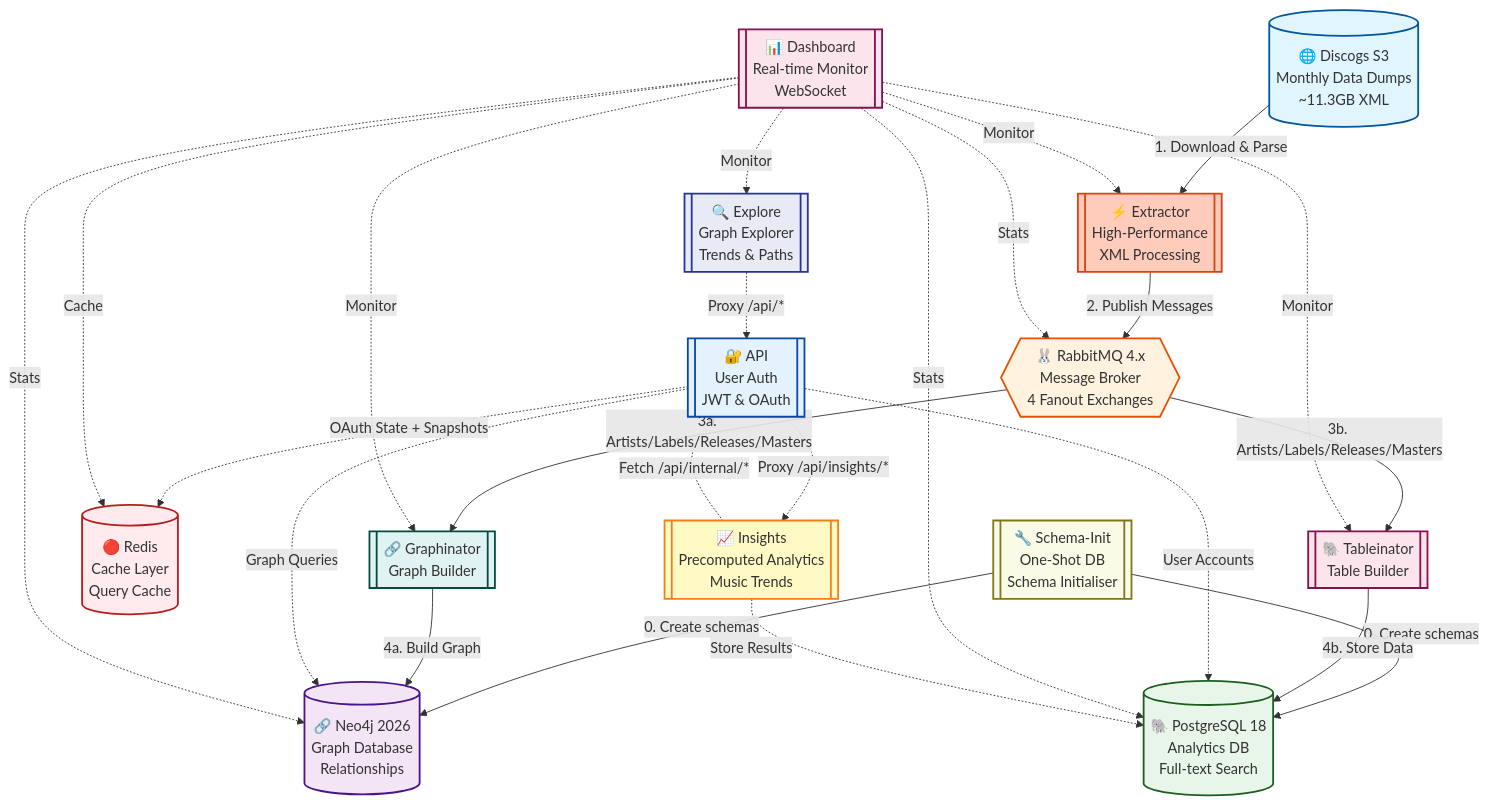
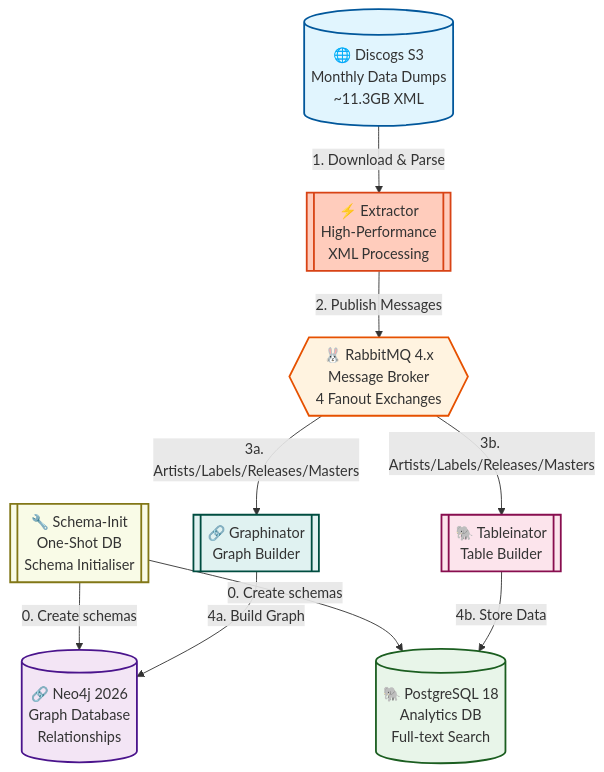
Before and after one commit to groovemap-music/deployment: the first of 4 diagrams in docs/architecture.md, drawn with Mermaid. The commit also changed other lines of this file, not shown here.

Commit message:
docs: split monolithic architecture diagram into focused diagrams (#194)
Simplify the README diagram to a high-level overview with subgraphs,
and break the detailed architecture into three focused diagrams in
docs/architecture.md: data pipeline, service communication, and
dashboard monitoring.

````diff
--- a/docs/architecture.md
+++ b/docs/architecture.md
@@ -41,58 +45,29 @@
 ```mermaid
 graph TD
     S3[("🌐 Discogs S3<br/>Monthly Data Dumps<br/>~11.3GB XML")]
+    SCHEMA[["🔧 Schema-Init<br/>One-Shot DB<br/>Schema Initialiser"]]
     EXT[["⚡ Extractor<br/>High-Performance<br/>XML Processing"]]
-    SCHEMA[["🔧 Schema-Init<br/>One-Shot DB<br/>Schema Initialiser"]]
     RMQ{{"🐰 RabbitMQ 4.x<br/>Message Broker<br/>4 Fanout Exchanges"}}
     NEO4J[("🔗 Neo4j 2026<br/>Graph Database<br/>Relationships")]
     PG[("🐘 PostgreSQL 18<br/>Analytics DB<br/>Full-text Search")]
-    REDIS[("🔴 Redis<br/>Cache Layer<br/>Query Cache")]
     GRAPH[["🔗 Graphinator<br/>Graph Builder"]]
     TABLE[["🐘 Tableinator<br/>Table Builder"]]
-    DASH[["📊 Dashboard<br/>Real-time Monitor<br/>WebSocket"]]
-    EXPLORE[["🔍 Explore<br/>Graph Explorer<br/>Trends & Paths"]]
-    API[["🔐 API<br/>User Auth<br/>JWT & OAuth"]]
-    INSIGHTS[["📈 Insights<br/>Precomputed Analytics<br/>Music Trends"]]
 
     SCHEMA -->|0. Create schemas| NEO4J
     SCHEMA -->|0. Create schemas| PG
     S3 -->|1. Download & Parse| EXT
     EXT -->|2. Publish Messages| RMQ
     RMQ -->|3a. Artists/Labels/Releases/Masters| GRAPH
     RMQ -->|3b. Artists/Labels/Releases/Masters| TABLE
     GRAPH -->|4a. Build Graph| NEO4J
     TABLE -->|4b. Store Data| PG
 
-    EXPLORE -.->|Proxy /api/*| API
-
-    API -.->|User Accounts| PG
-    API -.->|Graph Queries| NEO4J
-    API -.->|OAuth State + Snapshots| REDIS
-
-    DASH -.->|Monitor| EXT
-    DASH -.->|Monitor| GRAPH
-    DASH -.->|Monitor| TABLE
-    DASH -.->|Monitor| EXPLORE
-    DASH -.->|Cache| REDIS
-    DASH -.->|Stats| RMQ
-    DASH -.->|Stats| NEO4J
-    DASH -.->|Stats| PG
-
-    API -.->|Proxy /api/insights/*| INSIGHTS
-    INSIGHTS -.->|Fetch /api/internal/*| API
-    INSIGHTS -.->|Store Results| PG
-
     style S3 fill:#e1f5fe,stroke:#01579b,stroke-width:2px
+    style SCHEMA fill:#f9fbe7,stroke:#827717,stroke-width:2px
     style EXT fill:#ffccbc,stroke:#d84315,stroke-width:2px
-    style SCHEMA fill:#f9fbe7,stroke:#827717,stroke-width:2px
     style RMQ fill:#fff3e0,stroke:#e65100,stroke-width:2px
     style NEO4J fill:#f3e5f5,stroke:#4a148c,stroke-width:2px
     style PG fill:#e8f5e9,stroke:#1b5e20,stroke-width:2px
-    style REDIS fill:#ffebee,stroke:#b71c1c,stroke-width:2px
-    style DASH fill:#fce4ec,stroke:#880e4f,stroke-width:2px
-    style EXPLORE fill:#e8eaf6,stroke:#283593,stroke-width:2px
     style GRAPH fill:#e0f2f1,stroke:#004d40,stroke-width:2px
     style TABLE fill:#fce4ec,stroke:#880e4f,stroke-width:2px
-    style API fill:#e3f2fd,stroke:#0d47a1,stroke-width:2px
-    style INSIGHTS fill:#fff9c4,stroke:#f57f17,stroke-width:2px
 ```
````
